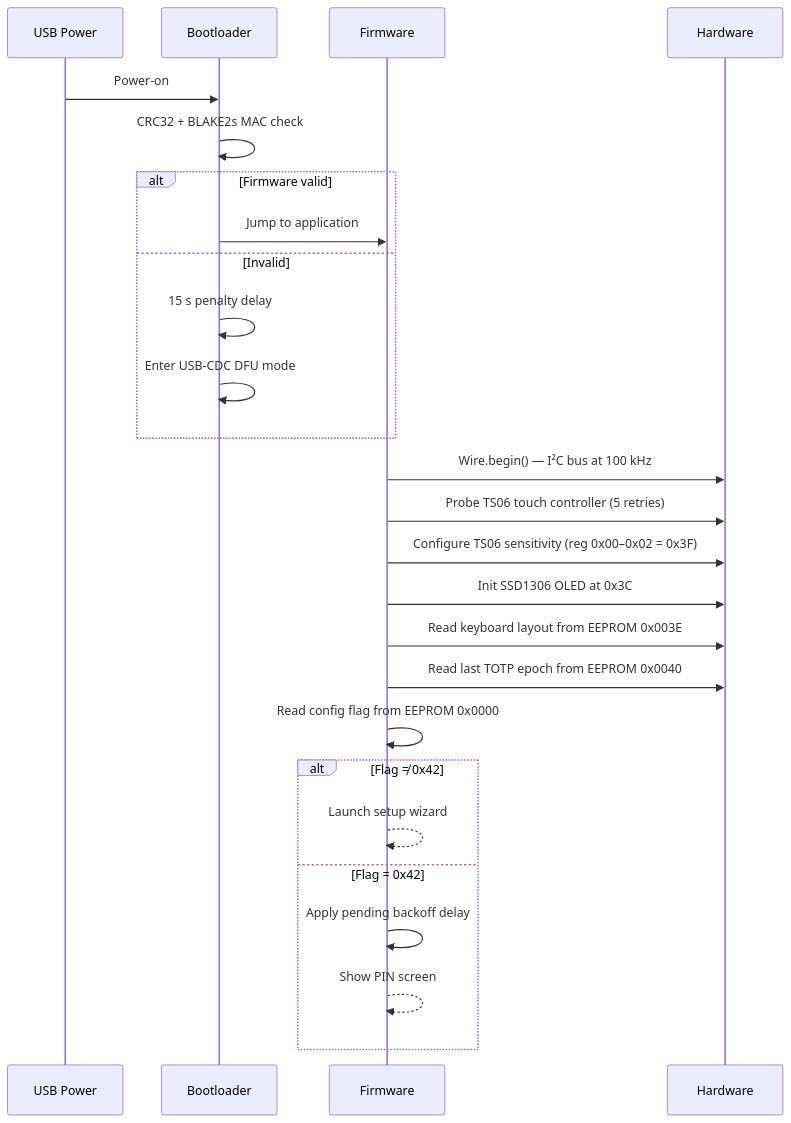
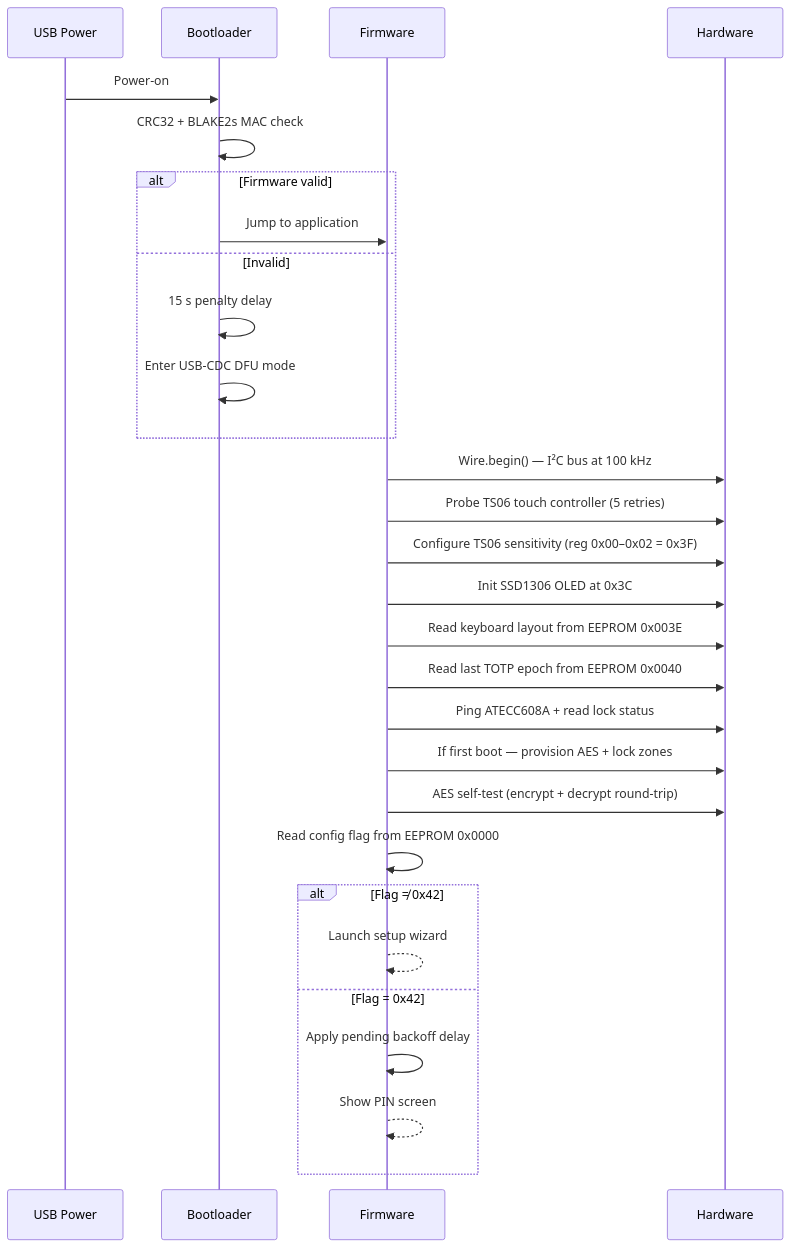
The second of 5 diagrams in firmware/architecture.mdx (Depbit-lab/docsZerokeyUSB), drawn with Mermaid before and after one commit. The commit also changed other lines of this file and 41 other files, not shown here.

````diff
--- a/firmware/architecture.mdx
+++ b/firmware/architecture.mdx
@@ -81,32 +81,35 @@
 ```mermaid
 sequenceDiagram
     participant PWR as USB Power
     participant BL as Bootloader
     participant FW as Firmware
     participant HW as Hardware
 
     PWR->>BL: Power-on
     BL->>BL: CRC32 + BLAKE2s MAC check
     
     alt Firmware valid
         BL->>FW: Jump to application
     else Invalid
         BL->>BL: 15 s penalty delay
         BL->>BL: Enter USB-CDC DFU mode
     end
 
     FW->>HW: Wire.begin() — I²C bus at 100 kHz
     FW->>HW: Probe TS06 touch controller (5 retries)
     FW->>HW: Configure TS06 sensitivity (reg 0x00–0x02 = 0x3F)
     FW->>HW: Init SSD1306 OLED at 0x3C
     FW->>HW: Read keyboard layout from EEPROM 0x003E
     FW->>HW: Read last TOTP epoch from EEPROM 0x0040
+    FW->>HW: Ping ATECC608A + read lock status
+    FW->>HW: If first boot — provision AES + lock zones
+    FW->>HW: AES self-test (encrypt + decrypt round-trip)
     FW->>FW: Read config flag from EEPROM 0x0000
 
     alt Flag ≠ 0x42
         FW-->>FW: Launch setup wizard
     else Flag = 0x42
         FW->>FW: Apply pending backoff delay
         FW-->>FW: Show PIN screen
     end
 ```
````
